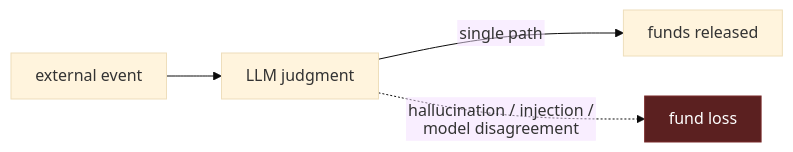
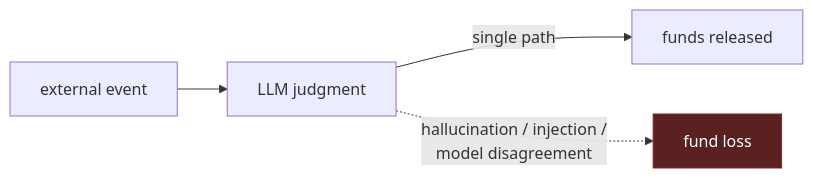
The second of 6 diagrams in primitives/ppa/INTELLIGENT_ACCOUNT_WHITEPAPER.md (etvjay/Nomos), drawn with Mermaid before and after one commit. The commit also changed other lines of this file and 2 other files, not shown here.

First line of the commit message:
whitepapers: drop mermaid init directives — GitHub renderer rejects the config combo and falls back to raw text

````diff
--- a/primitives/ppa/INTELLIGENT_ACCOUNT_WHITEPAPER.md
+++ b/primitives/ppa/INTELLIGENT_ACCOUNT_WHITEPAPER.md
@@ -58,8 +57,7 @@
 ```mermaid
-%%{init: {"theme": "base", "securityLevel": "strict", "htmlLabels": false, "flowchart": {"htmlLabels": false, "curve": "basis", "nodeSpacing": 40, "rankSpacing": 55, "padding": 12}}}%%
 flowchart LR
     E["external event"] --> M["LLM judgment"]
     M -->|"single path"| F["funds released"]
     M -.->|"hallucination / injection /<br/>model disagreement"| X["fund loss"]
     style X fill:#5b2020,color:#fff,stroke:#7a2a2a
 ```
````
